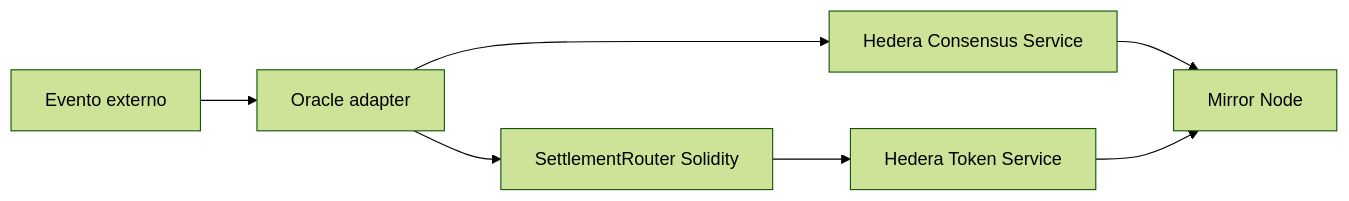
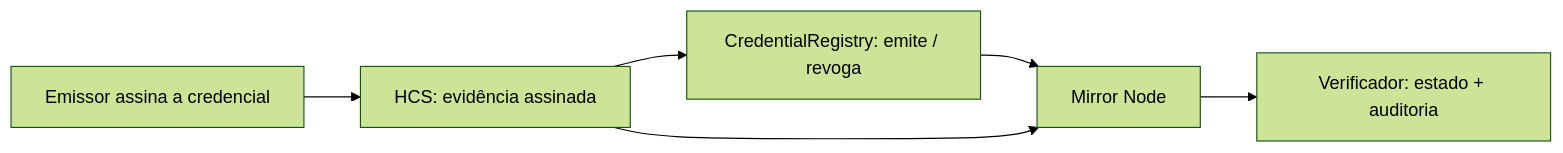
Before and after one commit to fmartns/scaffold-hbar-verifiable-certificates: the diagram in README.md, drawn with Mermaid (forest theme). The commit also changed other lines of this file and 1 other file, not shown here.

````diff
--- a/README.md
+++ b/README.md
@@ -9,9 +71,8 @@
 ```mermaid
 flowchart LR
-  E[Evento externo] --> O[Oracle adapter]
-  O --> HCS[Hedera Consensus Service]
-  O --> SC[SettlementRouter Solidity]
-  HCS --> MN[Mirror Node]
-  SC --> HTS[Hedera Token Service]
-  HTS --> MN
+  I[Emissor assina a credencial] --> HCS[HCS: evidência assinada]
+  HCS --> SC[CredentialRegistry: emite / revoga]
+  SC --> MN[Mirror Node]
+  HCS --> MN
+  MN --> V[Verificador: estado + auditoria]
 ```
````
